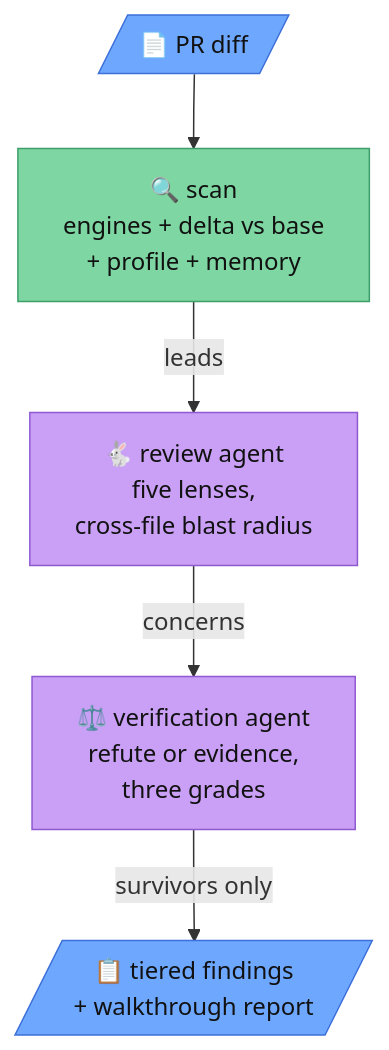
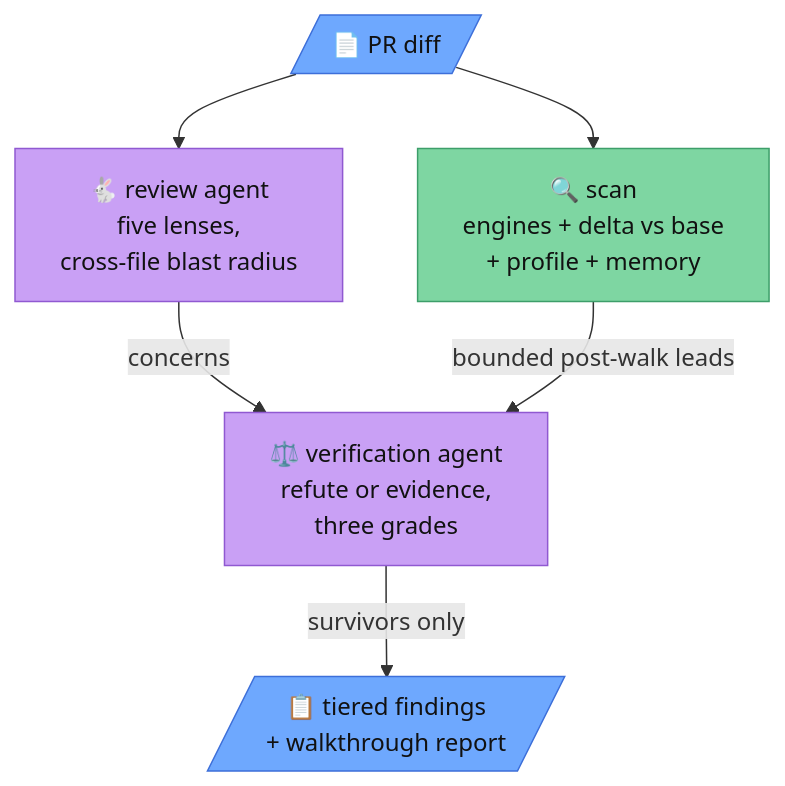
The diagram in README.md (leveret-dev/leveret), drawn with Mermaid before and after one commit. The commit also changed other lines of this file and 14 other files, not shown here.

````diff
--- a/README.md
+++ b/README.md
@@ -19,14 +19,16 @@
 ```mermaid
 flowchart TD
     D[/"📄 PR diff"/]:::gh
     S["🔍 scan<br>engines + delta vs base<br>+ profile + memory"]:::core
     R["🐇 review agent<br>five lenses,<br>cross-file blast radius"]:::agent
     V["⚖️ verification agent<br>refute or evidence,<br>three grades"]:::agent
     T[/"📋 tiered findings<br>+ walkthrough report"/]:::gh
-    D --> S -- leads --> R -- concerns --> V -- survivors only --> T
+    D --> S
+    D --> R -- concerns --> V -- survivors only --> T
+    S -- bounded post-walk leads --> V
     classDef gh fill:#6ea8fe,stroke:#3d6fd9,color:#111
     classDef tun fill:#ffc86b,stroke:#cc8f22,color:#111
     classDef core fill:#7ed6a2,stroke:#3d9e6a,color:#111
     classDef agent fill:#c9a0f5,stroke:#9059d1,color:#111
     classDef store fill:#9fd8e3,stroke:#4d9aab,color:#111
 ```
````
